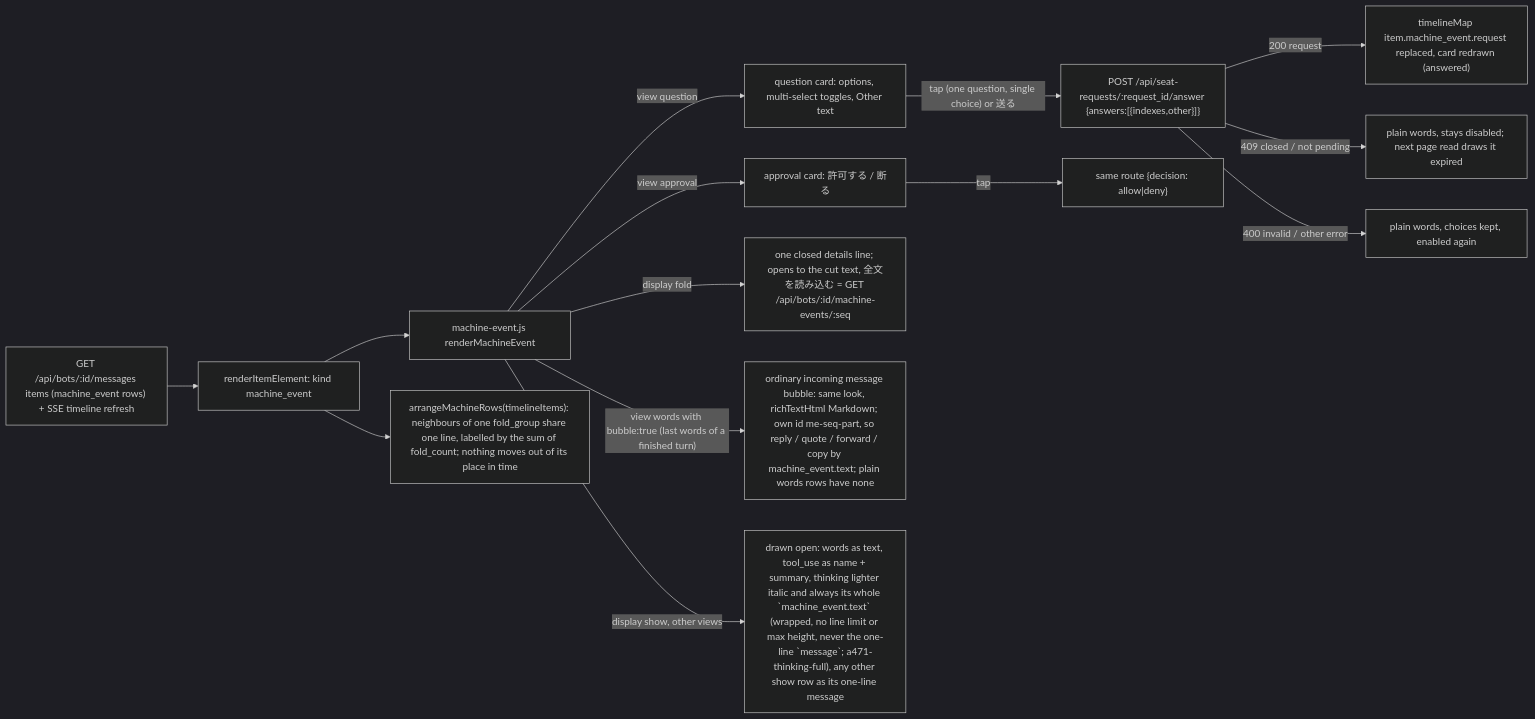
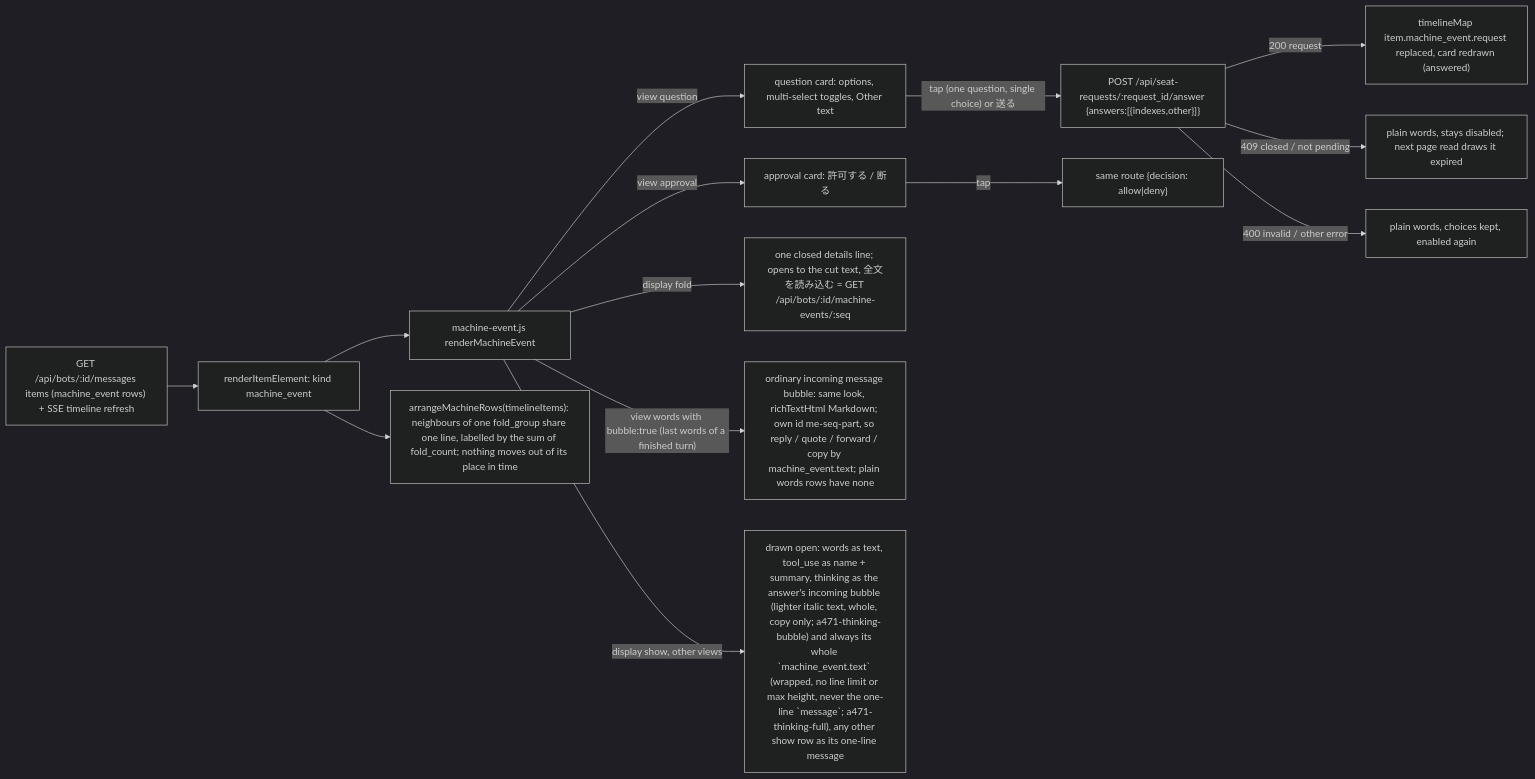
Diagram 16 of 16 in docs/architecture/modules/web/conversation.md (kitepon/BellTeam), drawn with Mermaid (dark theme) before and after one commit. The commit also changed other lines of this file and 3 other files, not shown here.

Commit message:
a471-thinking-bubble-web: a shown thinking row is drawn in the answer's bubble, copy only

````diff
--- a/docs/architecture/modules/web/conversation.md
+++ b/docs/architecture/modules/web/conversation.md
@@ -397,16 +398,16 @@
 ```mermaid
 flowchart LR
   Page["GET /api/bots/:id/messages items (machine_event rows) + SSE timeline refresh"] --> Item["renderItemElement: kind machine_event"]
   Item --> ME["machine-event.js renderMachineEvent"]
   ME -->|"view question"| Q["question card: options, multi-select toggles, Other text"]
   ME -->|"view approval"| A["approval card: 許可する / 断る"]
   ME -->|"display fold"| F["one closed details line; opens to the cut text, 全文を読み込む = GET /api/bots/:id/machine-events/:seq"]
   ME -->|"view words with bubble:true (last words of a finished turn)"| B["ordinary incoming message bubble: same look, richTextHtml Markdown; own id me-seq-part, so reply / quote / forward / copy by machine_event.text; plain words rows have none"]
-  ME -->|"display show, other views"| S["drawn open: words as text, tool_use as name + summary, thinking lighter italic and always its whole `machine_event.text` (wrapped, no line limit or max height, never the one-line `message`; a471-thinking-full), any other show row as its one-line message"]
+  ME -->|"display show, other views"| S["drawn open: words as text, tool_use as name + summary, thinking as the answer's incoming bubble (lighter italic text, whole, copy only; a471-thinking-bubble) and always its whole `machine_event.text` (wrapped, no line limit or max height, never the one-line `message`; a471-thinking-full), any other show row as its one-line message"]
   Item --> Arr["arrangeMachineRows(timelineItems): neighbours of one fold_group share one line, labelled by the sum of fold_count; nothing moves out of its place in time"]
   Q -->|"tap (one question, single choice) or 送る"| Post["POST /api/seat-requests/:request_id/answer {answers:[{indexes,other}]}"]
   A -->|"tap"| Post2["same route {decision: allow|deny}"]
   Post -->|"200 request"| Item2["timelineMap item.machine_event.request replaced, card redrawn (answered)"]
   Post -->|"409 closed / not pending"| Closed["plain words, stays disabled; next page read draws it expired"]
   Post -->|"400 invalid / other error"| Retry["plain words, choices kept, enabled again"]
 ```
````
